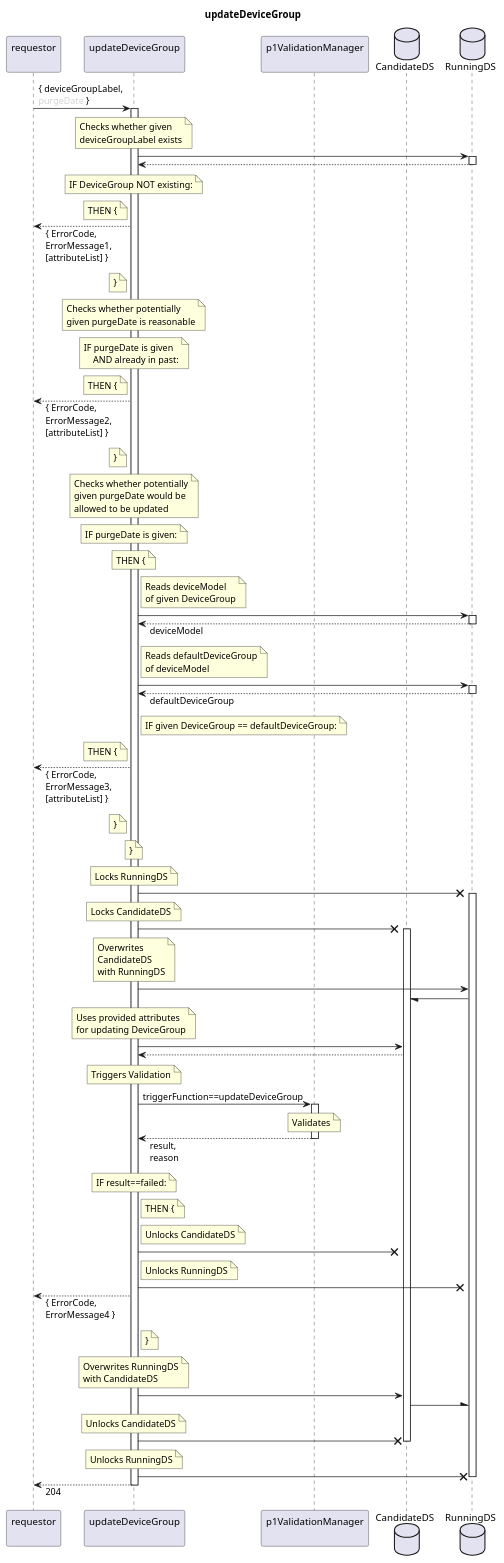
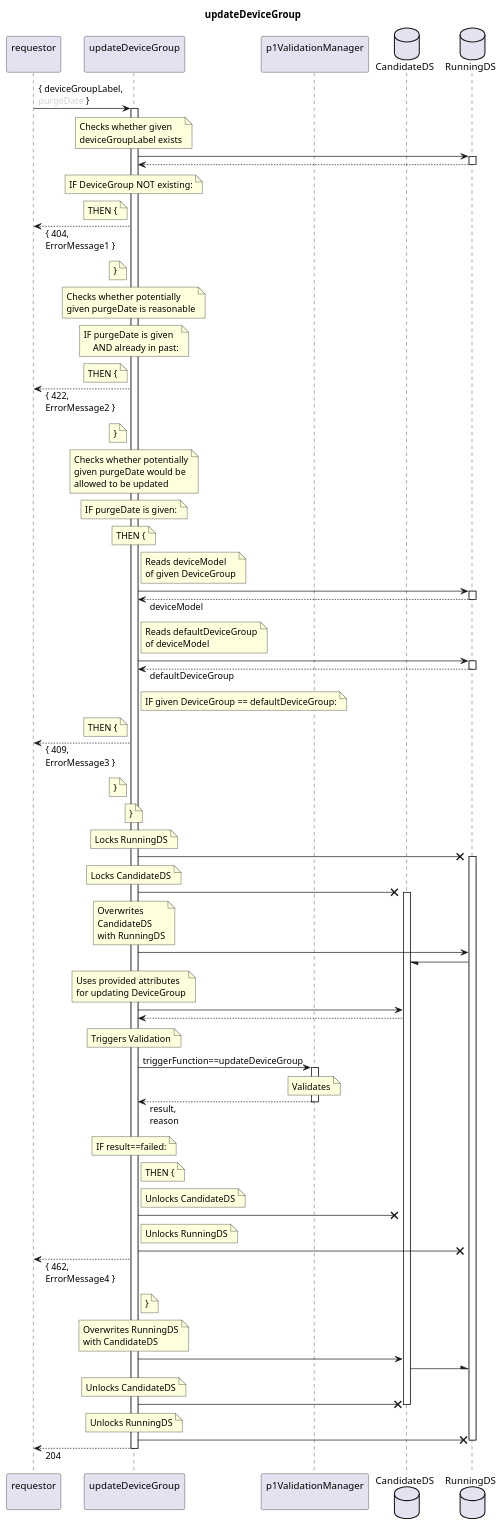
The diagram in spec/Services/updateDeviceGroup/1.0.0/updateDeviceGroup.plantuml (openBackhaul/FirmWareManager), drawn with PlantUML before and after one commit. The commit also changed 89 other files, not shown here.

```diff
--- a/spec/Services/updateDeviceGroup/1.0.0/updateDeviceGroup.plantuml
+++ b/spec/Services/updateDeviceGroup/1.0.0/updateDeviceGroup.plantuml
@@ -1,167 +1,167 @@
 @startuml updateDeviceGroup
 skinparam responseMessageBelowArrow true
 
 title
   updateDeviceGroup
 end title
 
 participant "requestor\n" as requestor
 participant "updateDeviceGroup\n" as indServ
 participant "p1ValidationManager\n" as valiMan
 database "CandidateDS" as CanDS
 database "RunningDS" as RunDS
 
 requestor -> indServ: { deviceGroupLabel,\n<color:LightGray>purgeDate</color> }
 activate indServ
 
   note over indServ
     Checks whether given
     deviceGroupLabel exists
   end note
   indServ -> RunDS
   activate RunDS
   indServ <-- RunDS
   deactivate RunDS
   note over indServ
     IF DeviceGroup NOT existing:
   end note
   note left indServ
     THEN {
   end note
-  requestor <-- indServ: { ErrorCode,\nErrorMessage1,\n[attributeList] }
+  requestor <-- indServ: { 404,\nErrorMessage1 }
   note left indServ
     }
   end note
 
   note over indServ
     Checks whether potentially
     given purgeDate is reasonable
   end note
   note over indServ
     IF purgeDate is given
         AND already in past:
   end note
   note left indServ
     THEN {
   end note
-  requestor <-- indServ: { ErrorCode,\nErrorMessage2,\n[attributeList] }
+  requestor <-- indServ: { 422,\nErrorMessage2 }
   note left indServ
     }
   end note
 
   note over indServ
     Checks whether potentially
     given purgeDate would be
     allowed to be updated
   end note
   note over indServ
     IF purgeDate is given:
   end note
   note over indServ
     THEN {
   end note
   note right indServ
     Reads deviceModel
     of given DeviceGroup
   end note
   indServ -> RunDS
   activate RunDS
   indServ <-- RunDS: deviceModel
   deactivate RunDS
   note right indServ
     Reads defaultDeviceGroup
     of deviceModel
   end note
   indServ -> RunDS
   activate RunDS
   indServ <-- RunDS: defaultDeviceGroup
   deactivate RunDS
   note right indServ
     IF given DeviceGroup == defaultDeviceGroup:
   end note
   note left indServ
     THEN {
   end note
-  requestor <-- indServ: { ErrorCode,\nErrorMessage3,\n[attributeList] }
+  requestor <-- indServ: { 409,\nErrorMessage3 }
   note left indServ
     }
   end note
   note over indServ
     }
   end note
 
   note over indServ
     Locks RunningDS
   end note
   indServ -X RunDS
   activate RunDS
   note over indServ
     Locks CandidateDS
   end note
   indServ -X CanDS
   activate CanDS
   note over indServ
     Overwrites
     CandidateDS
     with RunningDS
   end note
   indServ -> RunDS
   RunDS -/ CanDS
 
   note over indServ
     Uses provided attributes
     for updating DeviceGroup
   end note
   indServ -> CanDS
   indServ <-- CanDS
 
   note over indServ
     Triggers Validation
   end note
   indServ -> valiMan: triggerFunction==updateDeviceGroup
   activate valiMan
     note over valiMan
       Validates
     end note
   indServ <-- valiMan: result,\nreason
   deactivate valiMan
   note over indServ
     IF result==failed:
   end note
   note right indServ
     THEN {
   end note
   note right indServ
     Unlocks CandidateDS
   end note
   indServ -X CanDS
   note right indServ
     Unlocks RunningDS
   end note
   indServ -X RunDS
-  requestor <-- indServ: { ErrorCode,\nErrorMessage4 }
+  requestor <-- indServ: { 462,\nErrorMessage4 }
   note right indServ
     }
   end note
 
   note over indServ
     Overwrites RunningDS
     with CandidateDS
   end note
   indServ -> CanDS
   CanDS -\ RunDS
   note over indServ
     Unlocks CandidateDS
   end note
   indServ -X CanDS
   deactivate CanDS
   note over indServ
     Unlocks RunningDS
   end note
   indServ -X RunDS
   deactivate RunDS
 
 requestor <-- indServ: 204
 deactivate indServ
 
 @enduml
```
